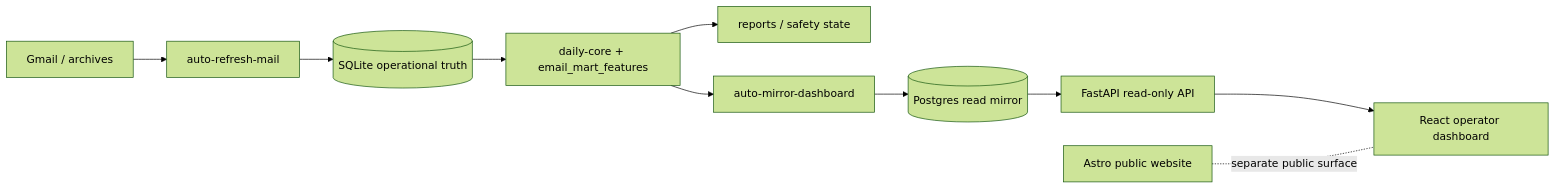
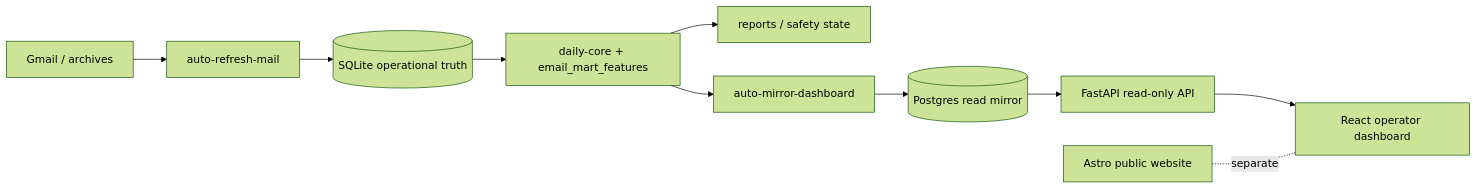
The diagram in README.md (rafaelrojasvi/origenlab), drawn with Mermaid (forest theme) before and after one commit. The commit also changed other lines of this file and 3 other files, not shown here.

````diff
--- a/README.md
+++ b/README.md
@@ -41,12 +46,12 @@
 ```mermaid
 flowchart LR
   Gmail[Gmail / archives] --> MailRefresh[auto-refresh-mail]
   MailRefresh --> SQLite[(SQLite operational truth)]
   SQLite --> DailyCore[daily-core + email_mart_features]
   DailyCore --> Reports[reports / safety state]
   DailyCore --> Mirror[auto-mirror-dashboard]
   Mirror --> Postgres[(Postgres read mirror)]
   Postgres --> API[FastAPI read-only API]
   API --> Dashboard[React operator dashboard]
-  Web[Astro public website] -. separate public surface .- Dashboard
+  Web[Astro public website] -. separate .- Dashboard
 ```
````
